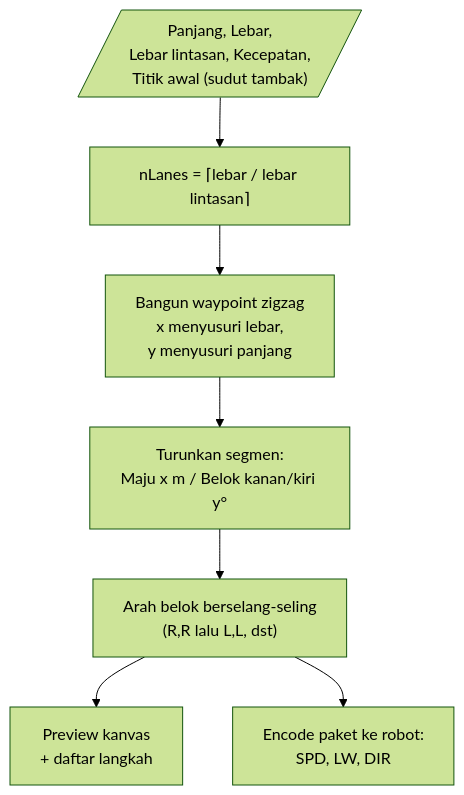
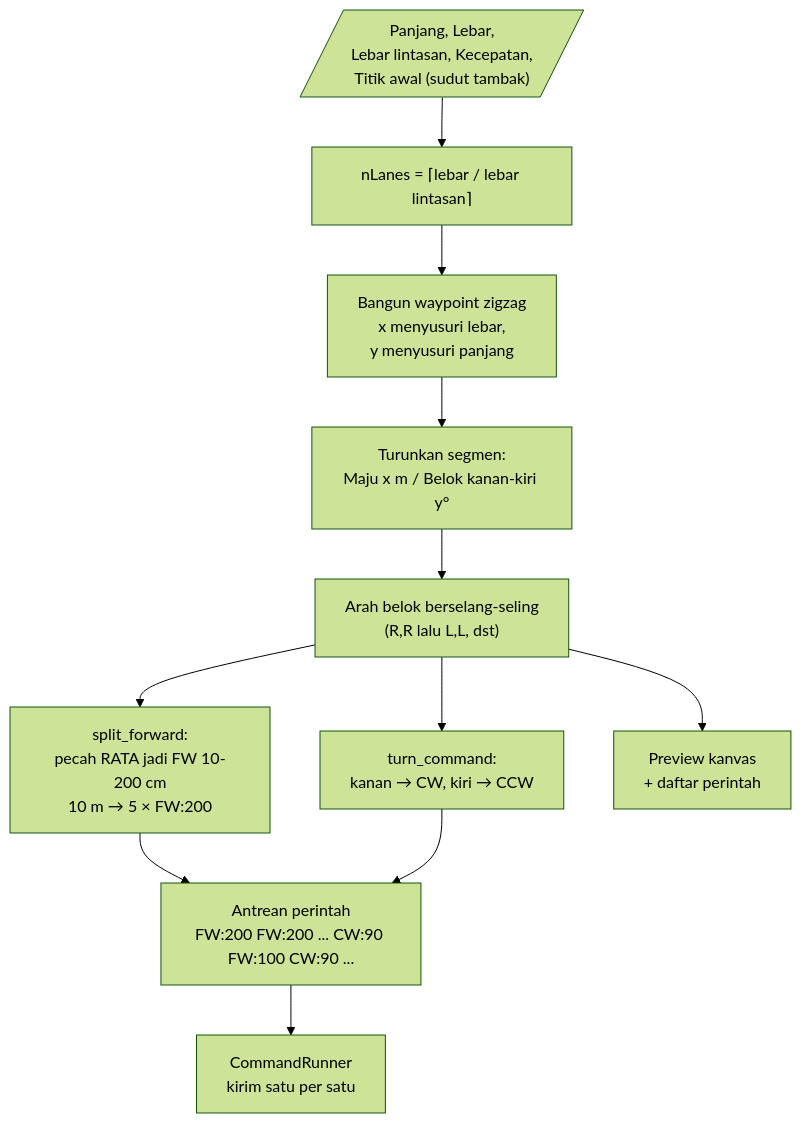
Before and after one commit to Xhorn7/Skripsi-PENGEMBANGAN-ROBOT-AKUATIK-UNTUK-FEEDER-OTOMATIS-DI-TAMBAK: the eighth of 9 diagrams in flowchart.md, drawn with Mermaid (forest theme). The commit also changed other lines of this file and 43 other files, not shown here.

````diff
--- a/flowchart.md
+++ b/flowchart.md
@@ -163,9 +232,13 @@
 ```mermaid
 flowchart TD
     IN[/"Panjang, Lebar,<br/>Lebar lintasan, Kecepatan,<br/>Titik awal (sudut tambak)"/] --> N["nLanes = ⌈lebar / lebar lintasan⌉"]
     N --> WP["Bangun waypoint zigzag<br/>x menyusuri lebar,<br/>y menyusuri panjang"]
-    WP --> SEG["Turunkan segmen:<br/>Maju x m / Belok kanan/kiri y°"]
+    WP --> SEG["Turunkan segmen:<br/>Maju x m / Belok kanan-kiri y°"]
     SEG --> DIR["Arah belok berselang-seling<br/>(R,R lalu L,L, dst)"]
-    DIR --> OUT1[Preview kanvas<br/>+ daftar langkah]
-    DIR --> OUT2["Encode paket ke robot:<br/>SPD, LW, DIR"]
+    DIR --> SPLIT["split_forward:<br/>pecah RATA jadi FW 10-200 cm<br/>10 m → 5 × FW:200"]
+    DIR --> TURN["turn_command:<br/>kanan → CW, kiri → CCW"]
+    SPLIT --> OUT2
+    TURN --> OUT2["Antrean perintah<br/>FW:200 FW:200 ... CW:90 FW:100 CW:90 ..."]
+    DIR --> OUT1[Preview kanvas<br/>+ daftar perintah]
+    OUT2 --> RUNNER[CommandRunner<br/>kirim satu per satu]
 ```
````
